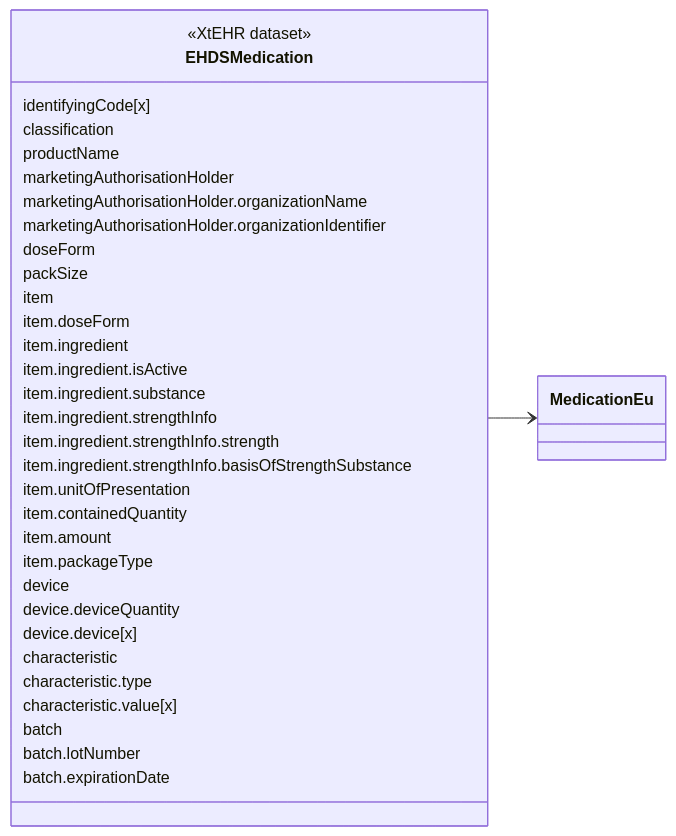
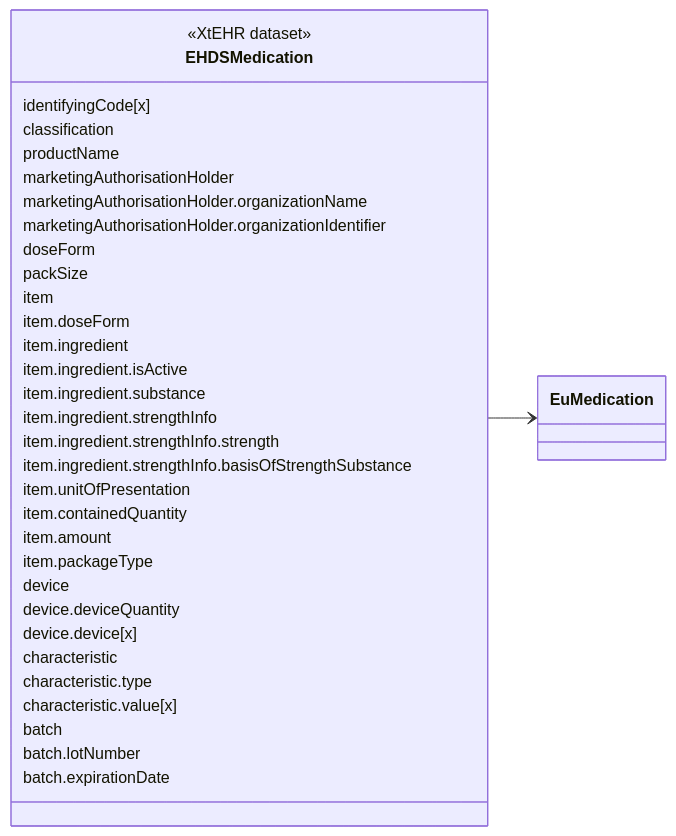
Before and after one commit to oijauregui/ehdsimaging: the diagram in new/input/intro-notes/ConceptMap-EHDSMedicationMap-intro.md, drawn with Mermaid. The commit also changed 162 other files, not shown here.

````diff
--- a/new/input/intro-notes/ConceptMap-EHDSMedicationMap-intro.md
+++ b/new/input/intro-notes/ConceptMap-EHDSMedicationMap-intro.md
@@ -5,39 +5,39 @@
 ```mermaid
 classDiagram
 direction LR
 class EHDSMedication {
   <<XtEHR dataset>>
   identifyingCode[x]
   classification
   productName
   marketingAuthorisationHolder
   marketingAuthorisationHolder.organizationName
   marketingAuthorisationHolder.organizationIdentifier
   doseForm
   packSize
   item
   item.doseForm
   item.ingredient
   item.ingredient.isActive
   item.ingredient.substance
   item.ingredient.strengthInfo
   item.ingredient.strengthInfo.strength
   item.ingredient.strengthInfo.basisOfStrengthSubstance
   item.unitOfPresentation
   item.containedQuantity
   item.amount
   item.packageType
   device
   device.deviceQuantity
   device.device[x]
   characteristic
   characteristic.type
   characteristic.value[x]
   batch
   batch.lotNumber
   batch.expirationDate
 }
 link EHDSMedication "https://build.fhir.org/ig/Xt-EHR/xt-ehr-common/StructureDefinition-EHDSMedication.html"
-class MedicationEu
-EHDSMedication --> MedicationEu
+class EuMedication
+EHDSMedication --> EuMedication
 ```
````
